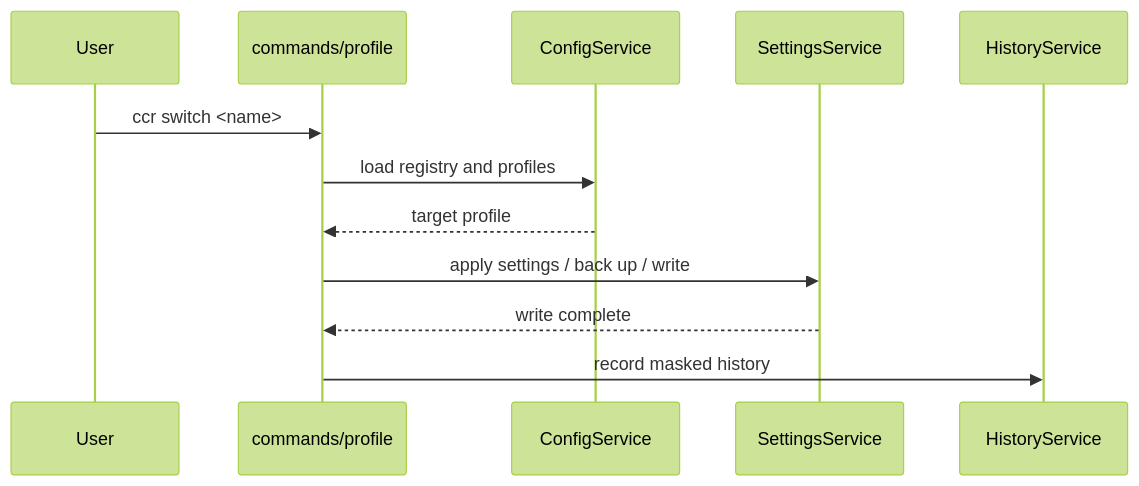
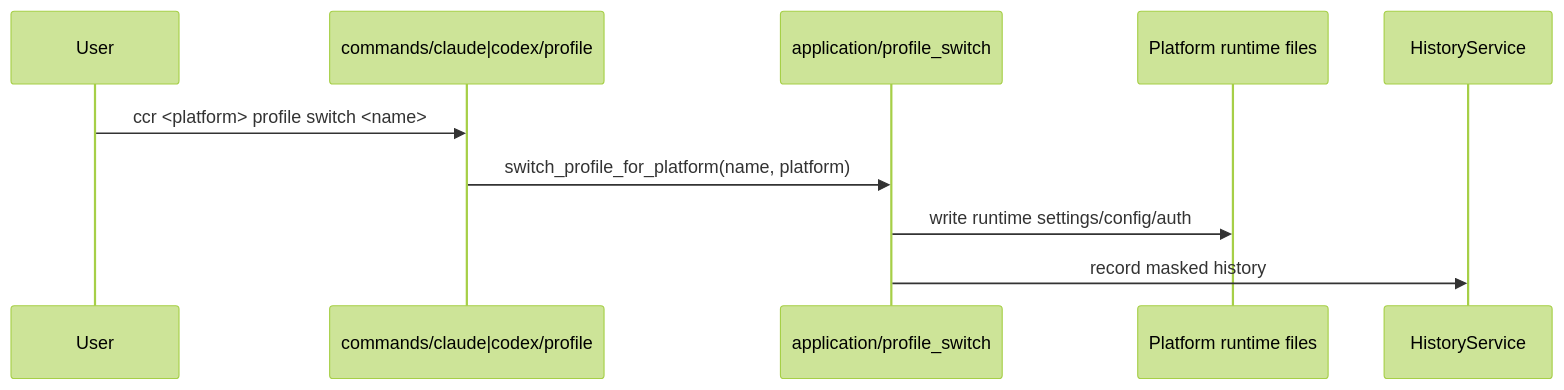
Before and after one commit to bahayonghang/ccr: the diagram in docs/en/reference/internals/runtime-flows.md, drawn with Mermaid (forest theme). The commit also changed other lines of this file and 33 other files, not shown here.

First line of the commit message:
docs(用户文档): 📝 对齐 claude/codex profile 拆分后的文档

````diff
--- a/docs/en/reference/internals/runtime-flows.md
+++ b/docs/en/reference/internals/runtime-flows.md
@@ -34,15 +13,13 @@
 ```mermaid
 sequenceDiagram
   participant User
-  participant Cmd as commands/profile
-  participant Config as ConfigService
-  participant Settings as SettingsService
+  participant Cmd as commands/claude|codex/profile
+  participant Switch as application/profile_switch
+  participant Runtime as Platform runtime files
   participant History as HistoryService
 
-  User->>Cmd: ccr switch <name>
-  Cmd->>Config: load registry and profiles
-  Config-->>Cmd: target profile
-  Cmd->>Settings: apply settings / back up / write
-  Settings-->>Cmd: write complete
-  Cmd->>History: record masked history
+  User->>Cmd: ccr <platform> profile switch <name>
+  Cmd->>Switch: switch_profile_for_platform(name, platform)
+  Switch->>Runtime: write runtime settings/config/auth
+  Switch->>History: record masked history
 ```
````
